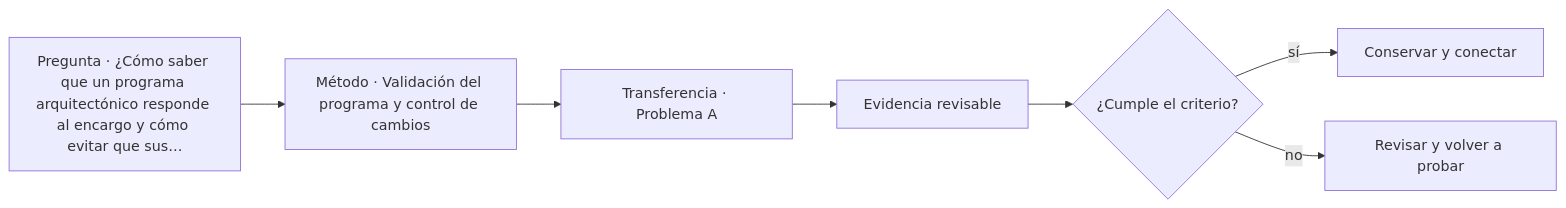
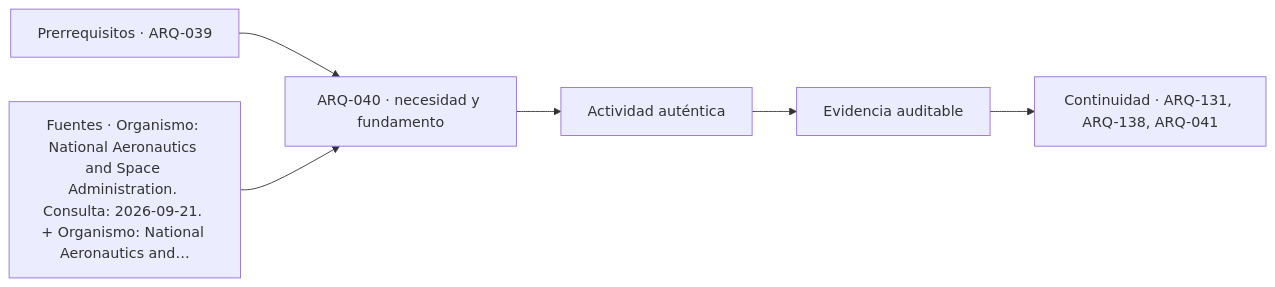
The diagram in classes/parte-04/ARQ-040.md (vladimiracunadev-create/architecture-built-environment-learning-program), drawn with Mermaid before and after one commit. The commit also changed other lines of this file and 761 other files, not shown here.

````diff
--- a/classes/parte-04/ARQ-040.md
+++ b/classes/parte-04/ARQ-040.md
@@ -161,9 +173,8 @@
 ```mermaid
 flowchart LR
-    Q["Pregunta · ¿Cómo saber que un programa arquitectónico responde al encargo y cómo evitar que sus…"] --> M["Método · Validación del programa y control de cambios"]
-    M --> P["Transferencia · Problema A"]
-    P --> E["Evidencia revisable"]
-    E --> C{"¿Cumple el criterio?"}
-    C -->|sí| T["Conservar y conectar"]
-    C -->|no| R["Revisar y volver a probar"]
+    A["Prerrequisitos · ARQ-039"] --> B["ARQ-040 · necesidad y fundamento"]
+    S["Fuentes · Organismo: National Aeronautics and Space Administration. Consulta: 2026-09-21. + Organismo: National Aeronautics and…"] --> B
+    B --> C["Actividad auténtica"]
+    C --> D["Evidencia auditable"]
+    D --> E["Continuidad · ARQ-131, ARQ-138, ARQ-041"]
 ```
````
